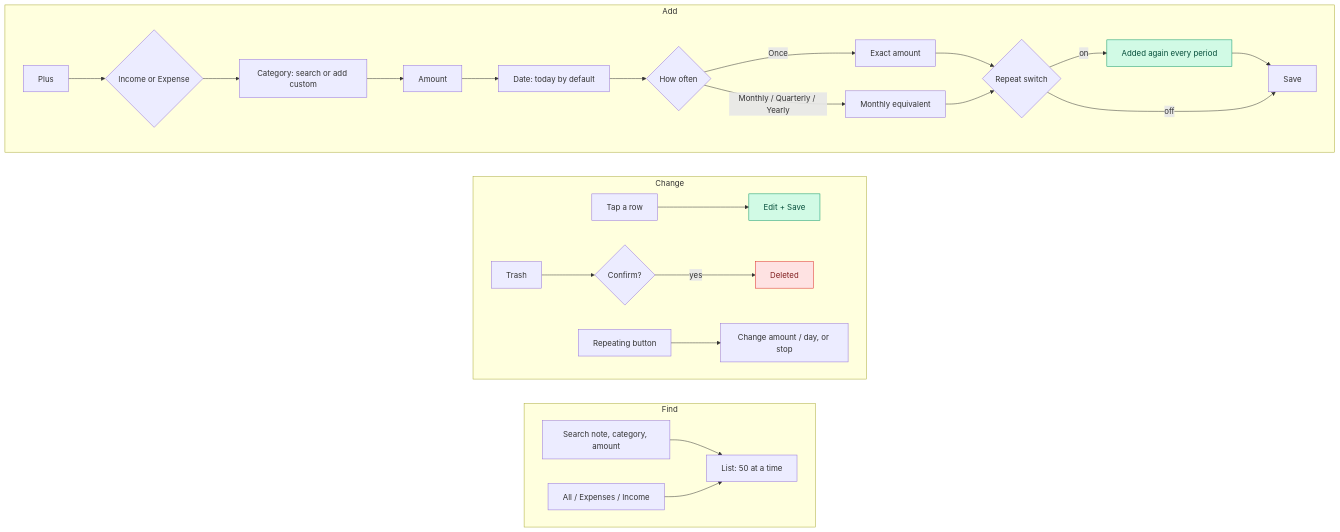
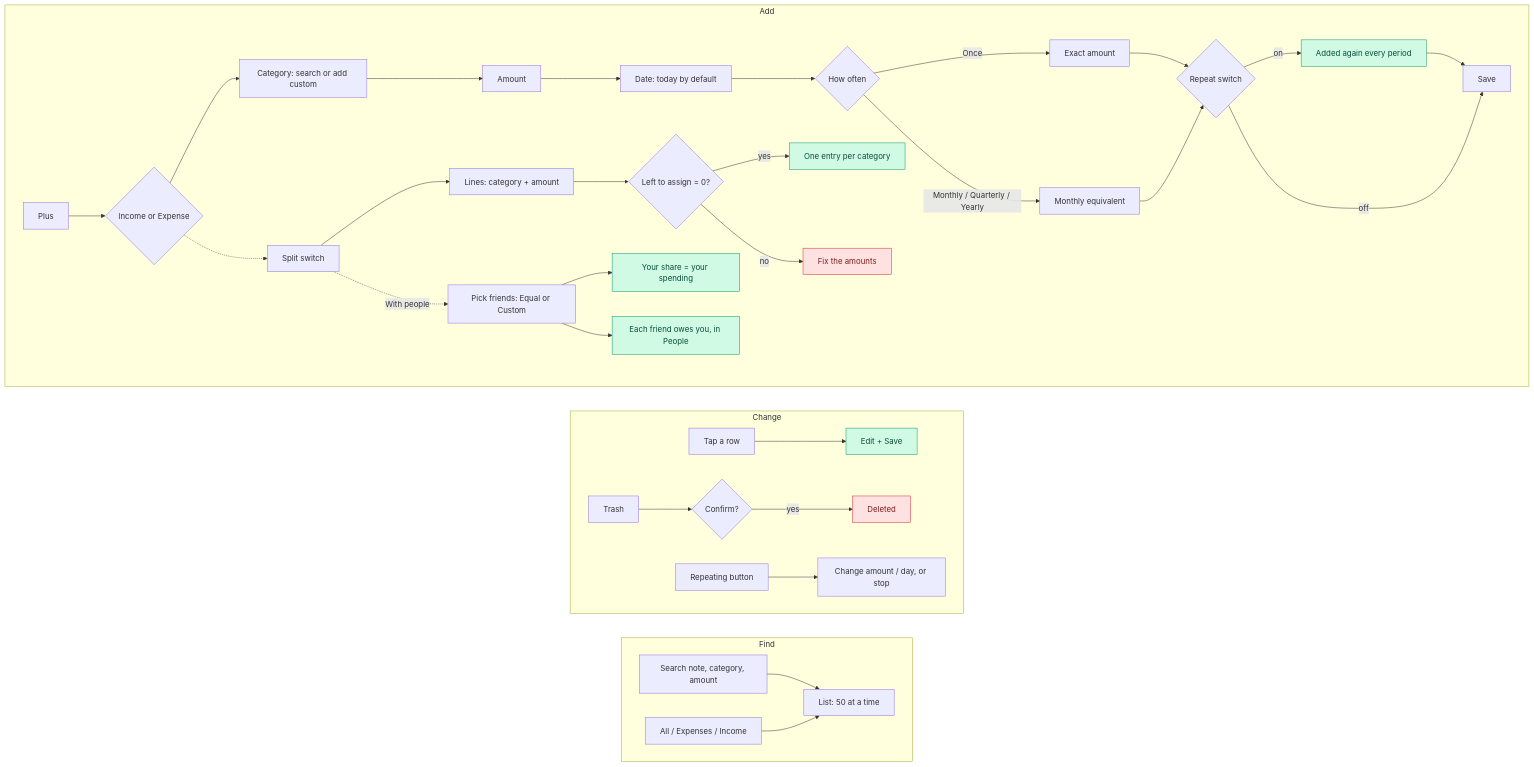
One commit to rangnenwars/myBudgetApp changed diagram 11 of 25 in docs/USER_WORKFLOWS.md. Above: the diagram before and after it, drawn with Mermaid. The commit also changed other lines of this file and 79 other files, not shown here.

````diff
--- a/docs/USER_WORKFLOWS.md
+++ b/docs/USER_WORKFLOWS.md
@@ -221,30 +251,35 @@
 ```mermaid
 flowchart TB
   subgraph ADD["Add"]
     direction LR
     a1["Plus"] --> a2{"Income or Expense"} --> a3["Category: search or add custom"] --> a4["Amount"] --> a5["Date: today by default"] --> a6{"How often"}
+    a2 -.-> s1["Split switch"] --> s2["Lines: category + amount"] --> s3{"Left to assign = 0?"}
+    s3 -->|yes| s4["One entry per category"]:::ok
+    s3 -->|no| s5["Fix the amounts"]:::bad
+    s1 -.->|"With people"| w1["Pick friends: Equal or Custom"] --> w2["Your share = your spending"]:::ok
+    w1 --> w3["Each friend owes you, in People"]:::ok
     a6 -->|Once| a8["Exact amount"]
     a6 -->|"Monthly / Quarterly / Yearly"| a7["Monthly equivalent"]
     a8 --> a9{"Repeat switch"}
     a7 --> a9
     a9 -->|on| a10["Added again every period"]:::ok --> a11["Save"]
     a9 -->|off| a11
   end
   subgraph CHANGE["Change"]
     direction LR
     b1["Tap a row"] --> b2["Edit + Save"]:::ok
     b3["Trash"] --> b4{"Confirm?"} -->|yes| b5["Deleted"]:::bad
     b6["Repeating button"] --> b7["Change amount / day, or stop"]
   end
   subgraph FIND["Find"]
     direction LR
     c1["Search note, category, amount"] --> c3["List: 50 at a time"]
     c2["All / Expenses / Income"] --> c3
   end
   ADD ~~~ CHANGE ~~~ FIND
   classDef entry fill:#dbeafe,stroke:#2563eb,color:#1e3a8a
   classDef ok fill:#d1fae5,stroke:#059669,color:#064e3b
   classDef bad fill:#fee2e2,stroke:#dc2626,color:#7f1d1d
   classDef pro fill:#ede9fe,stroke:#7c3aed,color:#4c1d95
   classDef warn fill:#fef3c7,stroke:#d97706,color:#78350f
 ```
````
